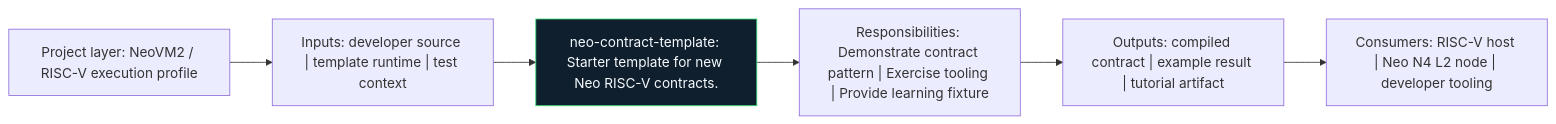
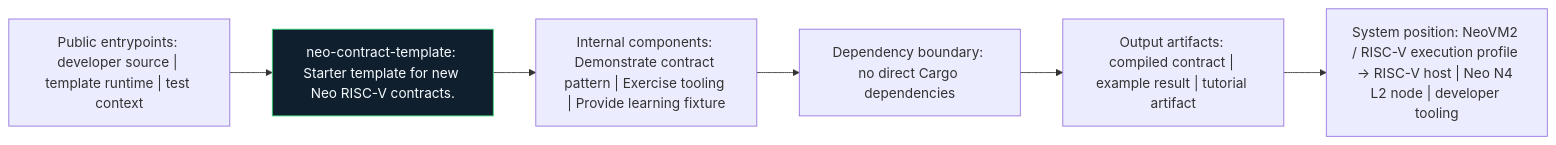
One commit to r3e-network/neo-riscv-vm changed the diagram in templates/contract/docs/figures/architecture.mmd. Above: the diagram before and after it, drawn with Mermaid. The commit also changed 207 other files, not shown here.

Commit message:
Deepen crate visual learning guides

```diff
--- a/templates/contract/docs/figures/architecture.mmd
+++ b/templates/contract/docs/figures/architecture.mmd
@@ -1,14 +1,14 @@
 flowchart LR
-    N1["Project layer: NeoVM2 / RISC-V execution profile"]
-    N2["Inputs: developer source | template runtime | test context"]
-    N3["neo-contract-template: Starter template for new Neo RISC-V contracts."]
-    N4["Responsibilities: Demonstrate contract pattern | Exercise tooling | Provide learning fixture"]
-    N5["Outputs: compiled contract | example result | tutorial artifact"]
-    N6["Consumers: RISC-V host | Neo N4 L2 node | developer tooling"]
+    N1["Public entrypoints: developer source | template runtime | test context"]
+    N2["neo-contract-template: Starter template for new Neo RISC-V contracts."]
+    N3["Internal components: Demonstrate contract pattern | Exercise tooling | Provide learning fixture"]
+    N4["Dependency boundary: no direct Cargo dependencies"]
+    N5["Output artifacts: compiled contract | example result | tutorial artifact"]
+    N6["System position: NeoVM2 / RISC-V execution profile -> RISC-V host | Neo N4 L2 node | developer tooling"]
     N1 --> N2
     N2 --> N3
     N3 --> N4
     N4 --> N5
     N5 --> N6
     classDef crate fill:#101f2d,stroke:#38d978,color:#f6fbff
-    class N3 crate
+    class N2 crate
```
